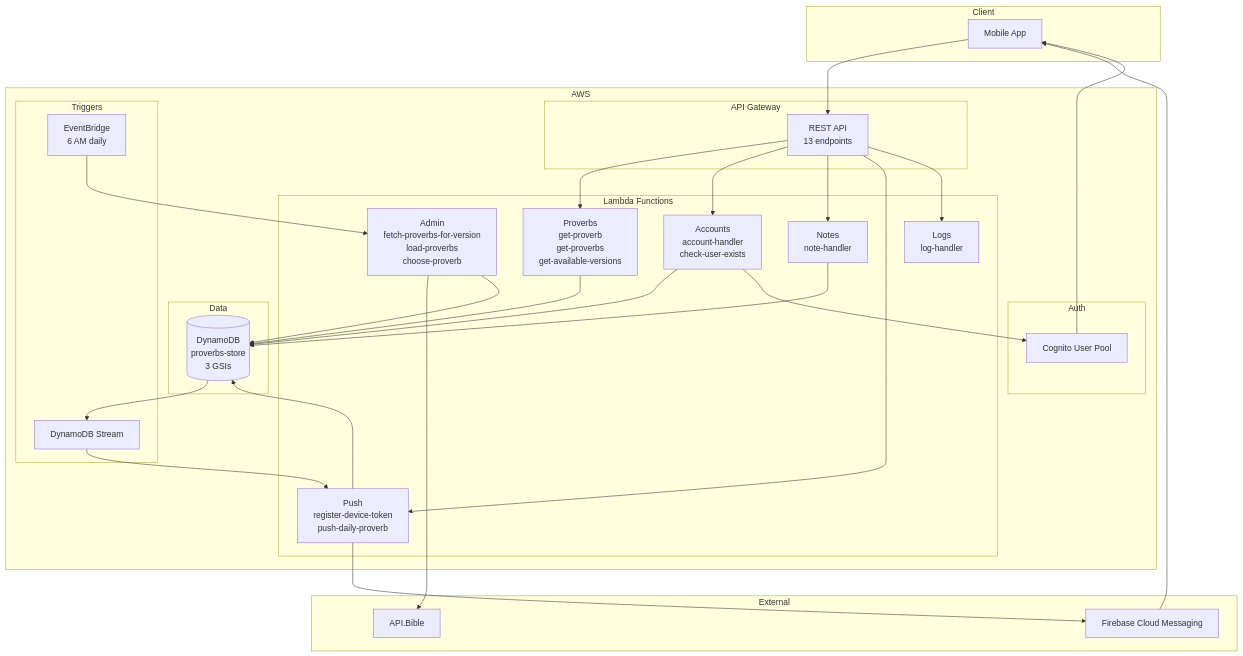
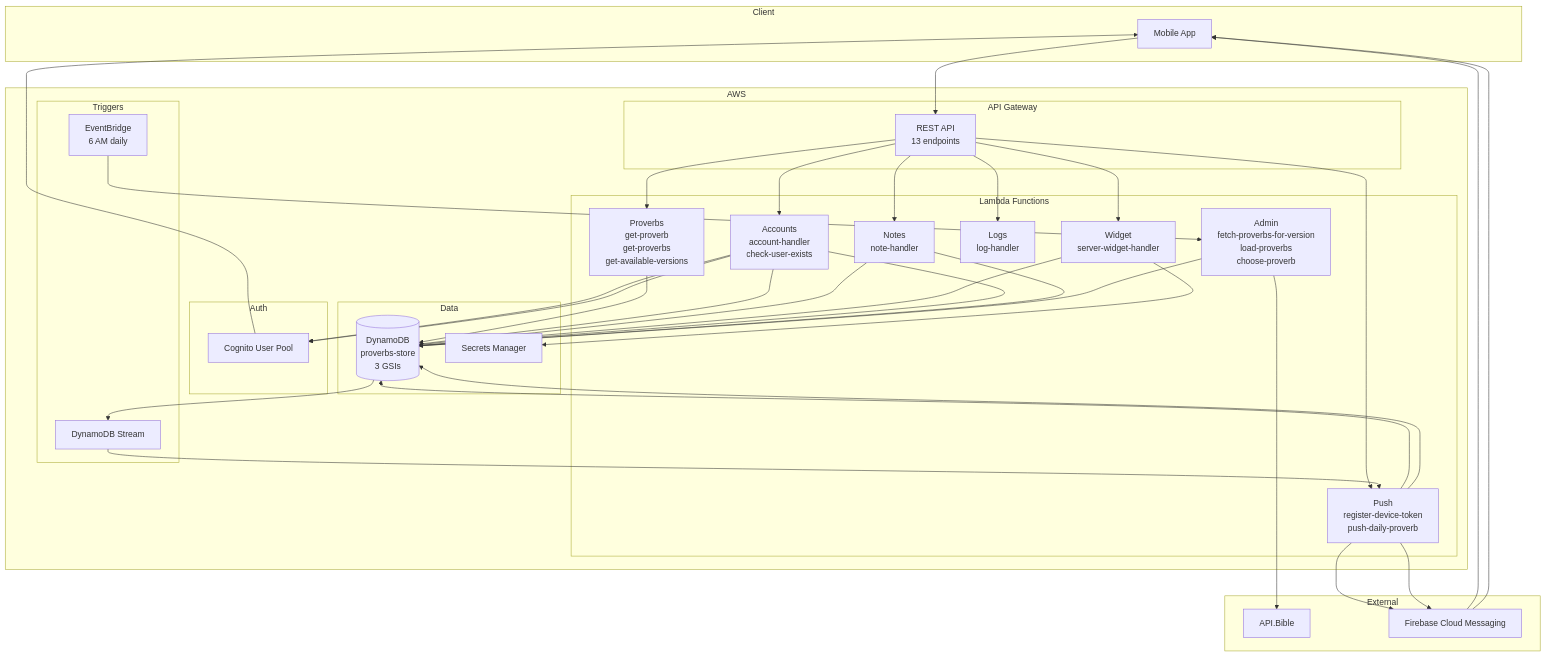
Before and after one commit to joshp93/lemuel-aws: the first of 3 diagrams in README.md, drawn with Mermaid. The commit also changed other lines of this file and 18 other files, not shown here.

First line of the commit message:
feat: add server-driven Voltra widget handler (server-widget-handler)

````diff
--- a/README.md
+++ b/README.md
@@ -18,59 +19,70 @@
 ```mermaid
 graph TB
     subgraph "Client"
         App[Mobile App]
     end
 
     subgraph "AWS"
         subgraph "API Gateway"
             GW[REST API<br/>13 endpoints]
         end
 
         subgraph "Lambda Functions"
             PV[Proverbs<br/>get-proverb<br/>get-proverbs<br/>get-available-versions]
             AC[Accounts<br/>account-handler<br/>check-user-exists]
             NT[Notes<br/>note-handler]
             PS[Push<br/>register-device-token<br/>push-daily-proverb]
             LG[Logs<br/>log-handler]
+            WD[Widget<br/>server-widget-handler]
             AD[Admin<br/>fetch-proverbs-for-version<br/>load-proverbs<br/>choose-proverb]
         end
 
         subgraph "Data"
             DB[(DynamoDB<br/>proverbs-store<br/>3 GSIs)]
+            SCT[Secrets Manager]
         end
 
         subgraph "Auth"
             COG[Cognito User Pool]
         end
 
         subgraph "Triggers"
             CRON[EventBridge<br/>6 AM daily]
             STREAM[DynamoDB Stream]
         end
     end
 
     subgraph "External"
         API_BIBLE[API.Bible]
         FCM[Firebase Cloud Messaging]
     end
 
     App --> GW
     GW --> PV
     GW --> AC
     GW --> NT
     GW --> PS
     GW --> LG
+    GW --> WD
     PV --> DB
+    AC --> DB
+    AC --> COG
+    NT --> DB
+    PS --> DB
+    PS --> FCM
+    WD --> DB
+    WD --> SCT
+    FCM --> App
     AC --> DB
     AC --> COG
     NT --> DB
     PS --> DB
     PS --> FCM
     FCM --> App
     AD --> API_BIBLE
     AD --> DB
     CRON --> AD
     DB --> STREAM
     STREAM --> PS
     COG --> App
 ```
````
